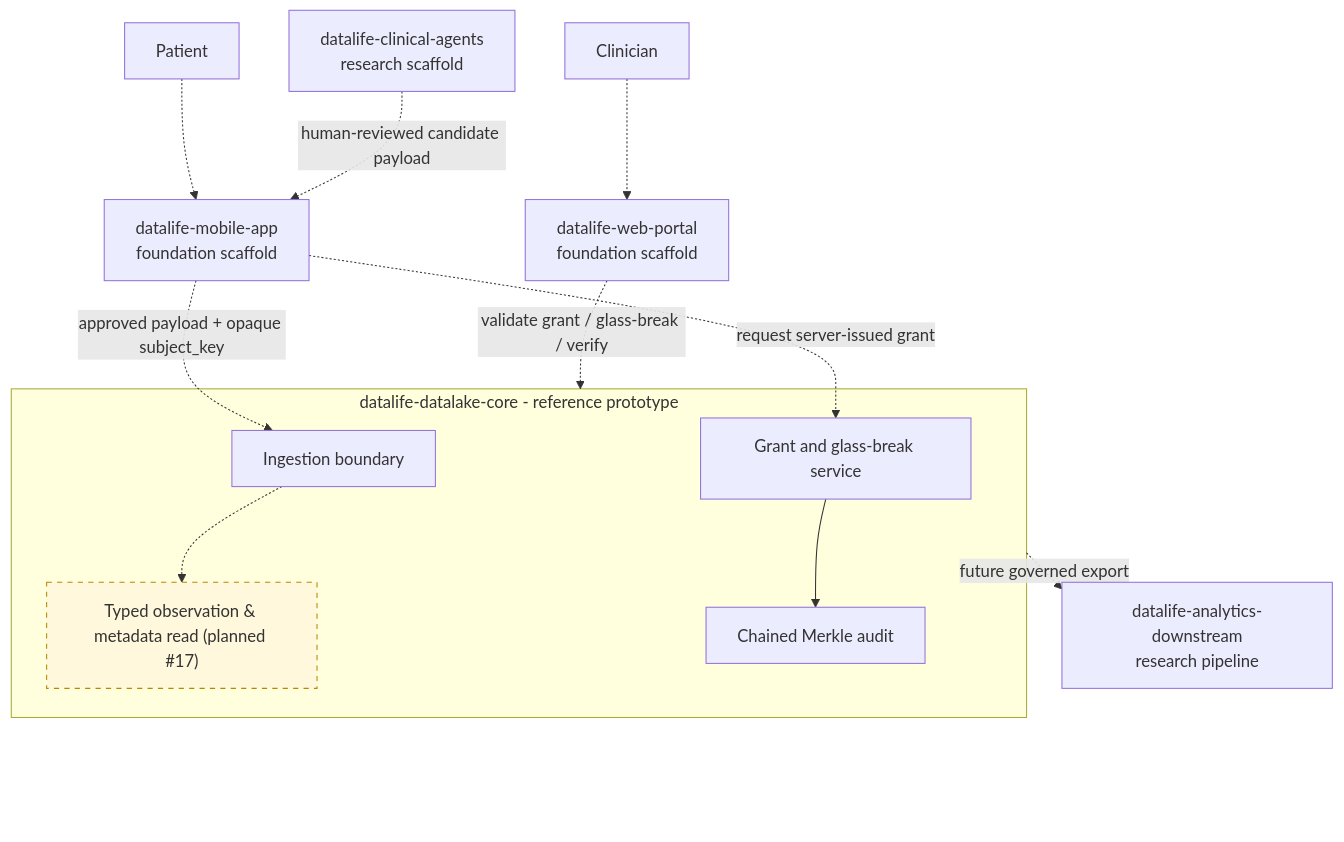
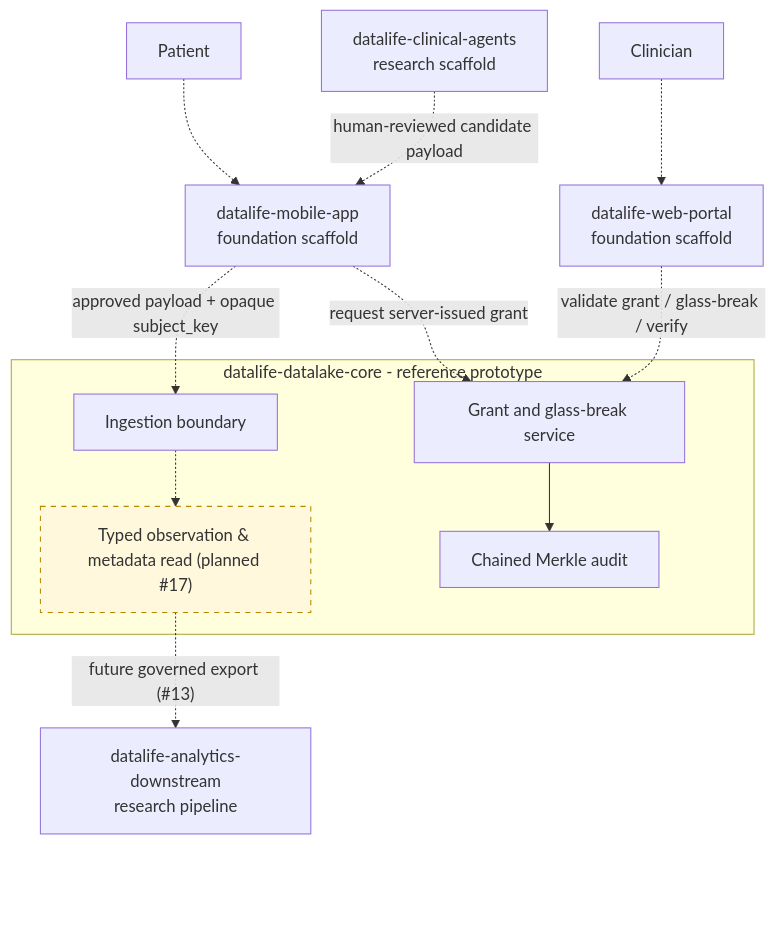
The diagram in profile/README.md (datalife-ehealth/.github), drawn with Mermaid before and after one commit.

Commit message:
docs(profile): compact CoreRepo Mermaid layout

````diff
--- a/profile/README.md
+++ b/profile/README.md
@@ -51,30 +51,30 @@
 ```mermaid
-%%{init: {"flowchart": {"diagramPadding": 32, "nodeSpacing": 48, "rankSpacing": 56}}}%%
+%%{init: {"flowchart": {"diagramPadding": 32, "nodeSpacing": 36, "rankSpacing": 42}}}%%
 flowchart TB
     Patient[Patient] -.-> Mobile["datalife-mobile-app<br/>foundation scaffold"]
     Clinician[Clinician] -.-> Web["datalife-web-portal<br/>foundation scaffold"]
 
     subgraph CoreRepo["datalife-datalake-core - reference prototype"]
         Ingest[Ingestion boundary]
         ObsStore["Typed observation & metadata read (planned #17)"]
         Grants[Grant and glass-break service]
         Audit[Chained Merkle audit]
         Ingest -.-> ObsStore
         Grants --> Audit
     end
 
     Mobile -. "approved payload + opaque subject_key" .-> Ingest
     Mobile -. "request server-issued grant" .-> Grants
-    Web -. "validate grant / glass-break / verify" .-> CoreRepo
+    Web -. "validate grant / glass-break / verify" .-> Grants
 
     Agents["datalife-clinical-agents<br/>research scaffold"]
     Analytics["datalife-analytics-downstream<br/>research pipeline"]
     Agents -. "human-reviewed candidate payload" .-> Mobile
-    CoreRepo -. "future governed export" .-> Analytics
+    ObsStore -. "future governed export (#13)" .-> Analytics
 
     Analytics ~~~ ViewerControlSafeArea["viewer controls safe area"]
     classDef layoutSpacer fill:transparent,stroke:transparent,color:transparent;
     classDef planned fill:#fff8dc,stroke:#b88700,stroke-dasharray: 5 5;
     class ViewerControlSafeArea layoutSpacer;
     class ObsStore planned;
 ```
````
